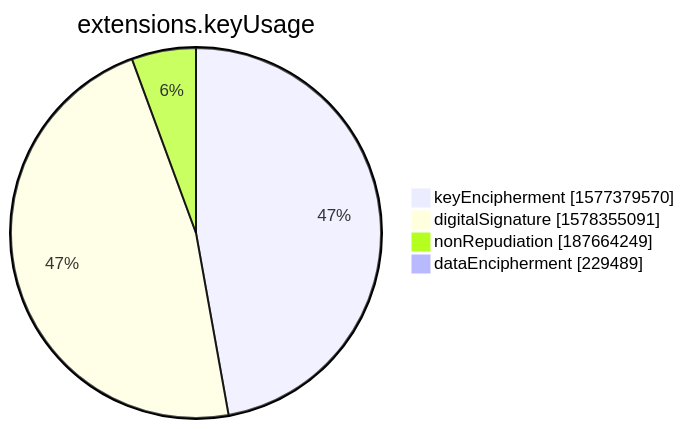
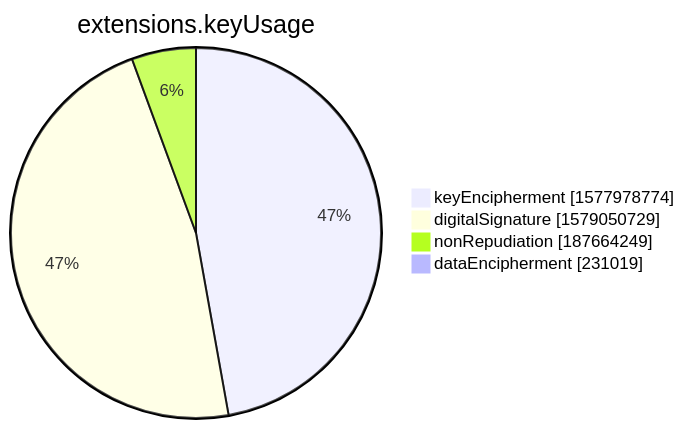
One commit to christiankrug/ctmonitor_visualization changed the seventh of 15 diagrams in xenon2022/README.md. Above: the diagram before and after it, drawn with Mermaid. The commit also changed other lines of this file, not shown here.

````diff
--- a/xenon2022/README.md
+++ b/xenon2022/README.md
@@ -2854,8 +2854,8 @@
 ```mermaid
 pie showData
 title extensions.keyUsage
-"keyEncipherment" :1577379570
-"digitalSignature" :1578355091
+"keyEncipherment" :1577978774
+"digitalSignature" :1579050729
 "nonRepudiation" :187664249
-"dataEncipherment" :229489
+"dataEncipherment" :231019
 ```
````
